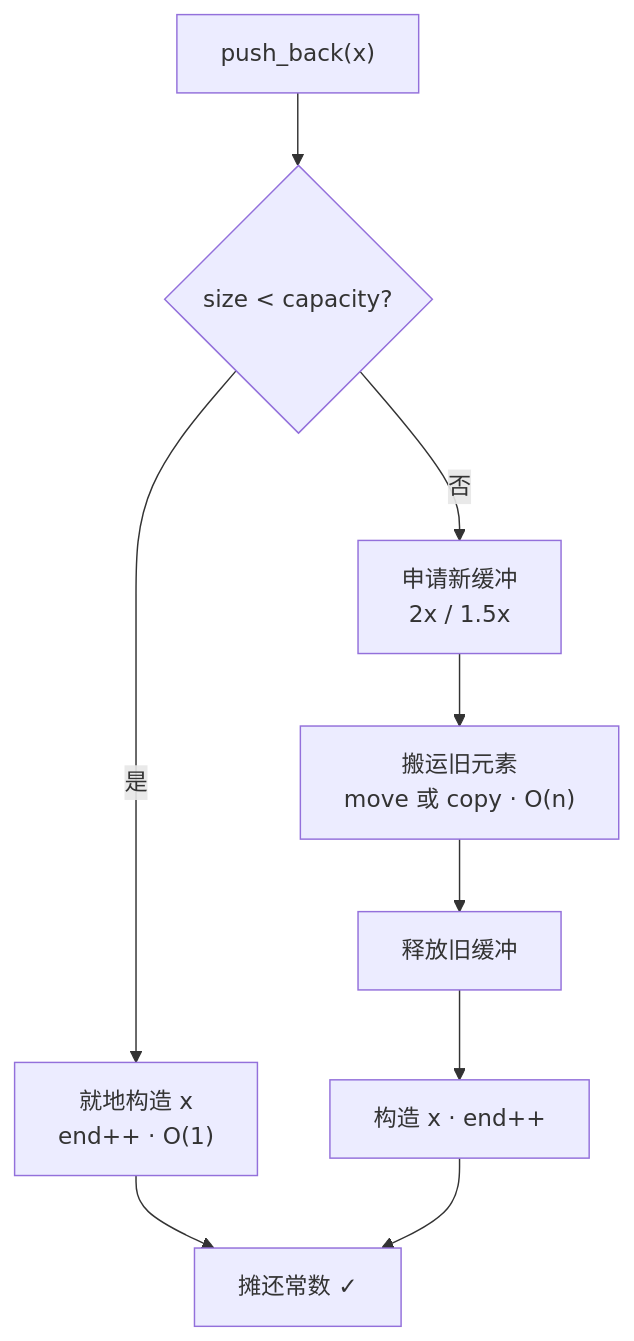
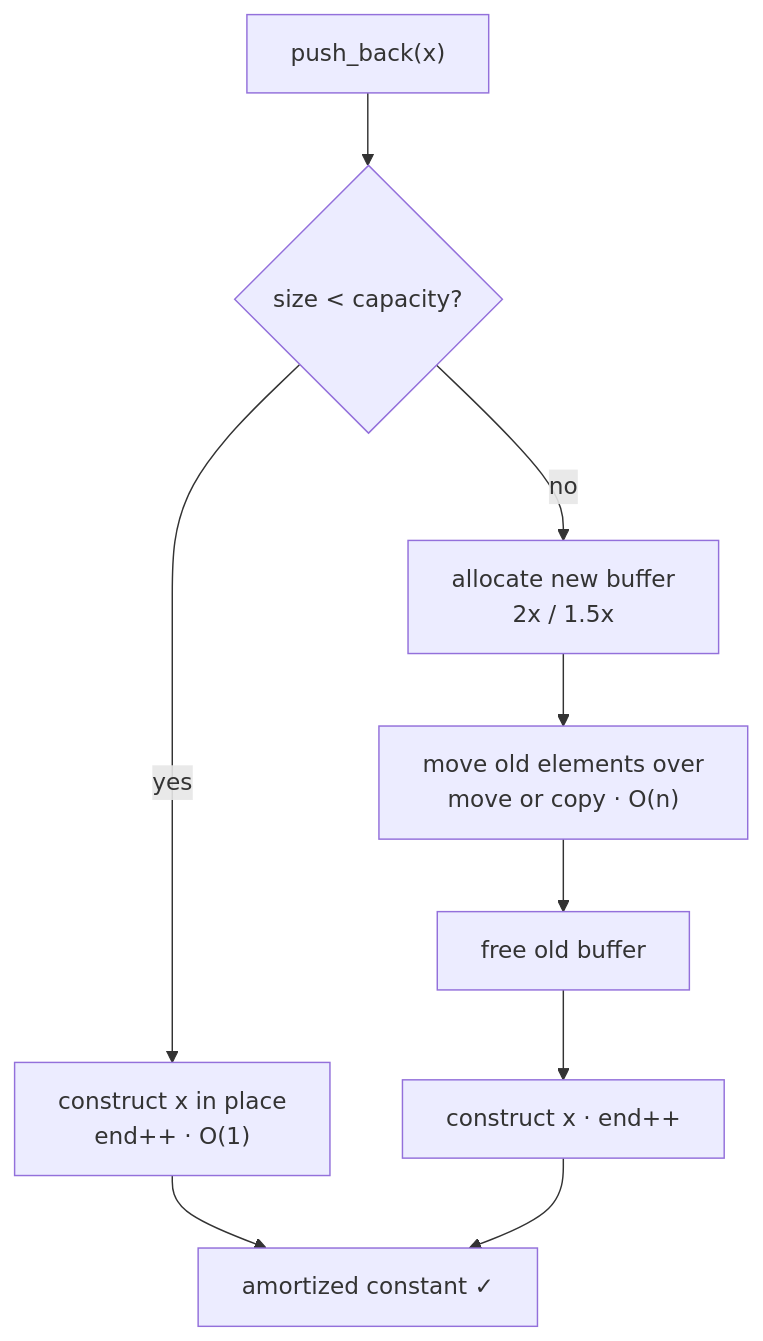
Before and after one commit to Awesome-Embedded-Learning-Studio/Tutorial_AwesomeModernCPP: the second of 3 diagrams in documents/en/vol3-standard-library/containers/03-vector-deep-dive.md, drawn with Mermaid. The commit also changed other lines of this file and 605 other files, not shown here.

````diff
--- a/documents/en/vol3-standard-library/containers/03-vector-deep-dive.md
+++ b/documents/en/vol3-standard-library/containers/03-vector-deep-dive.md
@@ -66,11 +64,11 @@
 ```mermaid
 flowchart TD
     A["push_back(x)"] --> Q{"size &lt; capacity?"}
-    Q -- "是" --> C["就地构造 x<br/>end++ · O(1)"]
-    Q -- "否" --> D["申请新缓冲<br/>2x / 1.5x"]
-    D --> E["搬运旧元素<br/>move 或 copy · O(n)"]
-    E --> F["释放旧缓冲"]
-    F --> G["构造 x · end++"]
-    C --> H["摊还常数 ✓"]
+    Q -- "yes" --> C["construct x in place<br/>end++ · O(1)"]
+    Q -- "no" --> D["allocate new buffer<br/>2x / 1.5x"]
+    D --> E["move old elements over<br/>move or copy · O(n)"]
+    E --> F["free old buffer"]
+    F --> G["construct x · end++"]
+    C --> H["amortized constant ✓"]
     G --> H
 ```
````
